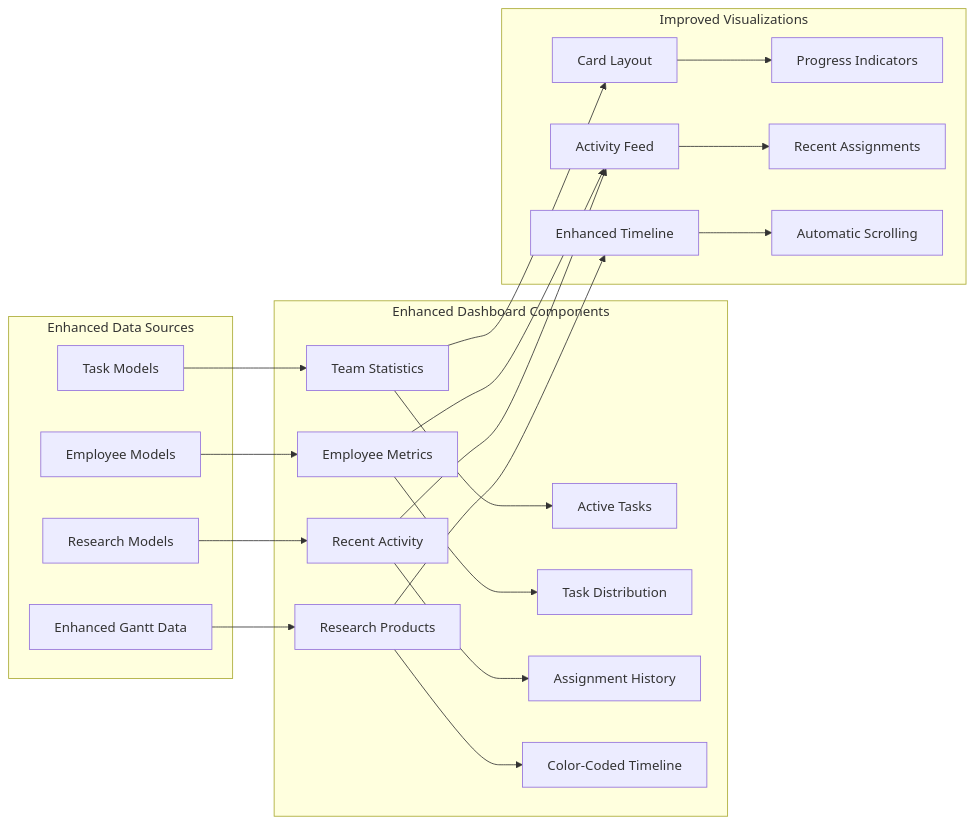
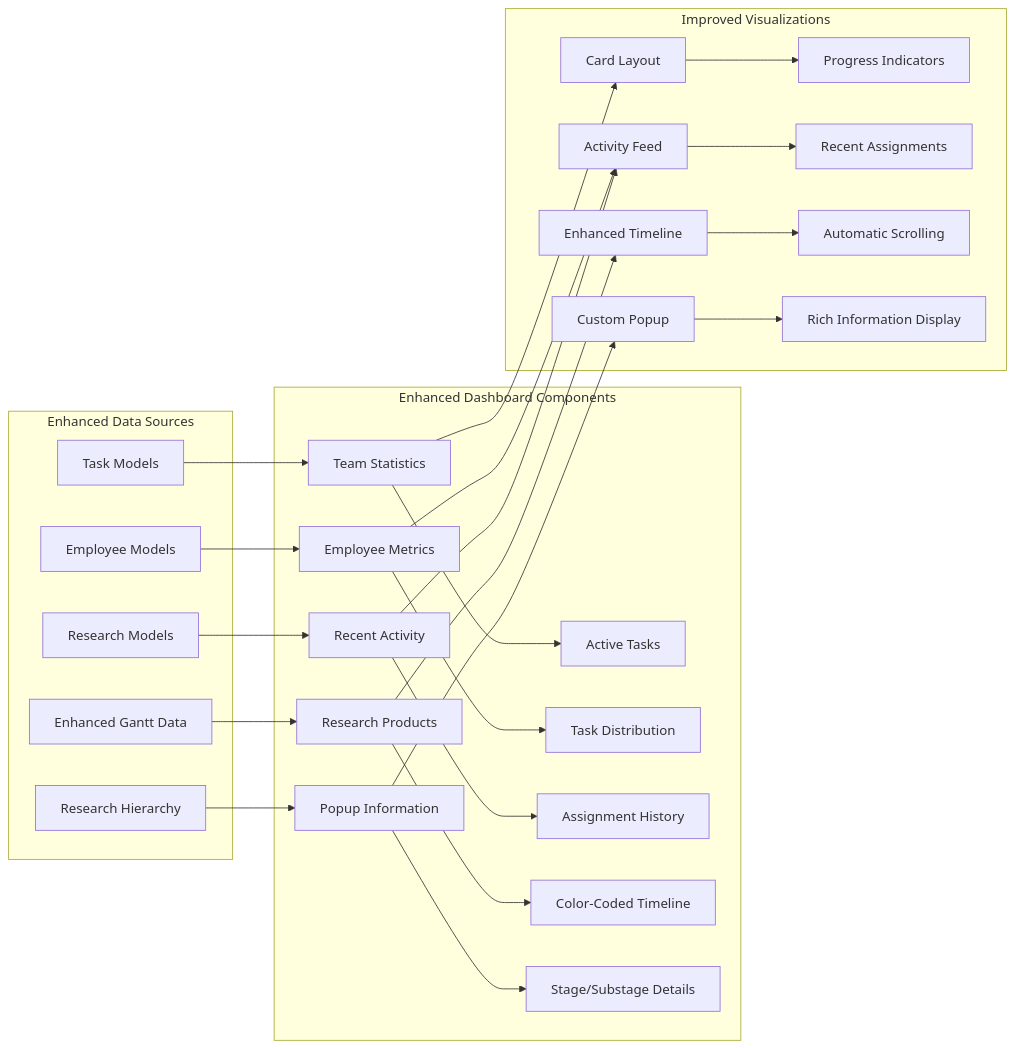
The eighth of 10 diagrams in .qoder/repowiki/en/content/User Interface and Templates/Gantt Chart Visualization System.md (Pavel9474/task_manager), drawn with Mermaid before and after one commit. The commit also changed other lines of this file and 7 other files, not shown here.

Commit message:
ALL gantt work code simplifid

````diff
--- a/.qoder/repowiki/en/content/User Interface and Templates/Gantt Chart Visualization System.md
+++ b/.qoder/repowiki/en/content/User Interface and Templates/Gantt Chart Visualization System.md
@@ -337,24 +407,28 @@
 ```mermaid
 graph LR
 subgraph "Enhanced Dashboard Components"
 A[Team Statistics] --> B[Active Tasks]
 C[Employee Metrics] --> D[Task Distribution]
 E[Recent Activity] --> F[Assignment History]
 G[Research Products] --> H[Color-Coded Timeline]
+I[Popup Information] --> J[Stage/Substage Details]
 end
 subgraph "Enhanced Data Sources"
-I[Task Models] --> A
-J[Employee Models] --> C
-K[Research Models] --> E
-L[Enhanced Gantt Data] --> G
+K[Task Models] --> A
+L[Employee Models] --> C
+M[Research Models] --> E
+N[Enhanced Gantt Data] --> G
+O[Research Hierarchy] --> I
 end
 subgraph "Improved Visualizations"
-M[Card Layout] --> N[Progress Indicators]
-O[Activity Feed] --> P[Recent Assignments]
-Q[Enhanced Timeline] --> R[Automatic Scrolling]
+P[Card Layout] --> Q[Progress Indicators]
+R[Activity Feed] --> S[Recent Assignments]
+T[Enhanced Timeline] --> U[Automatic Scrolling]
+V[Custom Popup] --> W[Rich Information Display]
 end
-A --> M
-C --> O
-E --> O
-G --> Q
+A --> P
+C --> R
+E --> R
+G --> T
+I --> V
 ```
````
